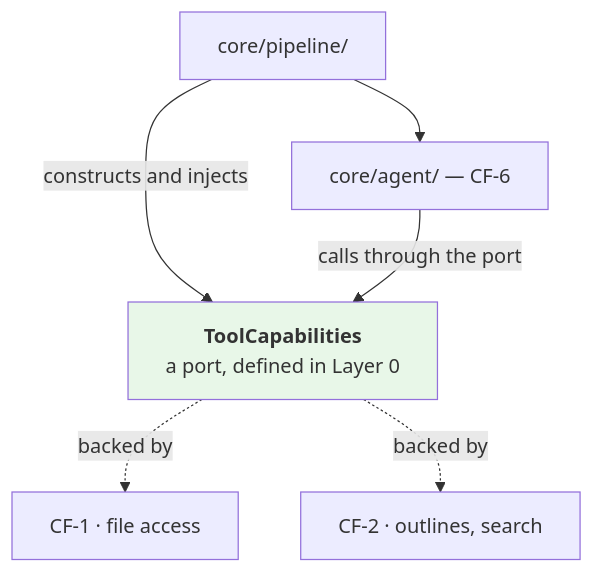
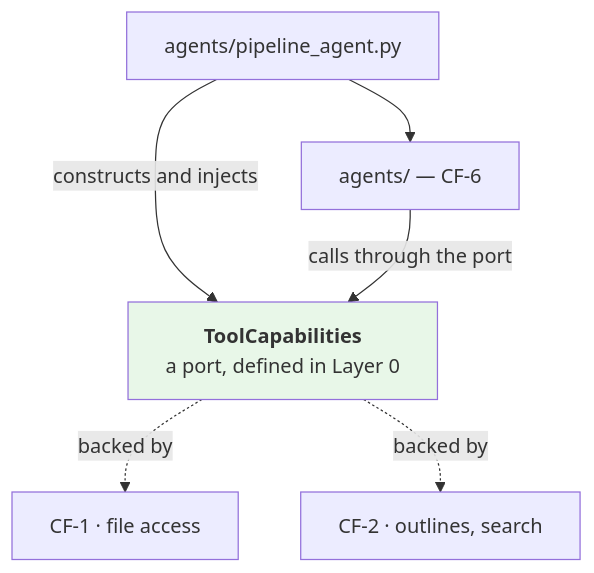
Before and after one commit to nhahub/NHA-5-285: the eighth of 8 diagrams in Docs/design/01-logical-architecture.md, drawn with Mermaid. The commit also changed other lines of this file and 24 other files, not shown here.

````diff
--- a/Docs/design/01-logical-architecture.md
+++ b/Docs/design/01-logical-architecture.md
@@ -313,10 +313,10 @@
 ```mermaid
 flowchart TD
-    P["core/pipeline/"] -->|"constructs and injects"| TC["<b>ToolCapabilities</b><br/>a port, defined in Layer 0"]
+    P["agents/pipeline_agent.py"] -->|"constructs and injects"| TC["<b>ToolCapabilities</b><br/>a port, defined in Layer 0"]
     TC -.->|"backed by"| C1["CF-1 · file access"]
     TC -.->|"backed by"| C2["CF-2 · outlines, search"]
-    P --> A["core/agent/ — CF-6"]
+    P --> A["agents/ — CF-6"]
     A -->|"calls through the port"| TC
 
     style TC fill:#e8f7e8
 ```
````
